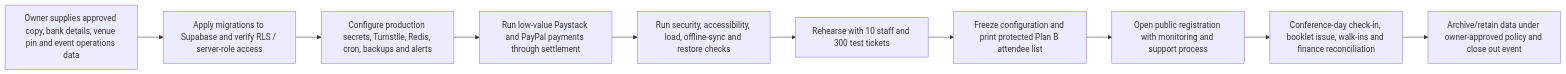
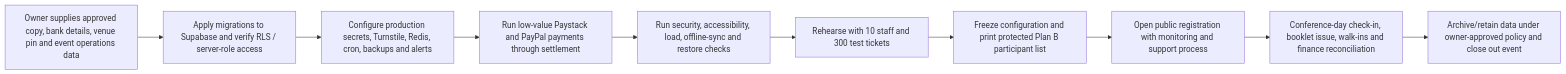
Before and after one commit to Chrisdouglas12/Event: the fourth of 4 diagrams in frontend/PROJECT_FLOW.md, drawn with Mermaid. The commit also changed other lines of this file and 84 other files, not shown here.

````diff
--- a/frontend/PROJECT_FLOW.md
+++ b/frontend/PROJECT_FLOW.md
@@ -63,12 +63,12 @@
 ```mermaid
 flowchart LR
   A[Owner supplies approved copy, bank details, venue pin and event operations data] --> B[Apply migrations to Supabase and verify RLS / server-role access]
   B --> C[Configure production secrets, Turnstile, Redis, cron, backups and alerts]
   C --> D[Run low-value Paystack and PayPal payments through settlement]
   D --> E[Run security, accessibility, load, offline-sync and restore checks]
   E --> F[Rehearse with 10 staff and 300 test tickets]
-  F --> G[Freeze configuration and print protected Plan B attendee list]
+  F --> G[Freeze configuration and print protected Plan B participant list]
   G --> H[Open public registration with monitoring and support process]
   H --> I[Conference-day check-in, booklet issue, walk-ins and finance reconciliation]
   I --> J[Archive/retain data under owner-approved policy and close out event]
 ```
````
